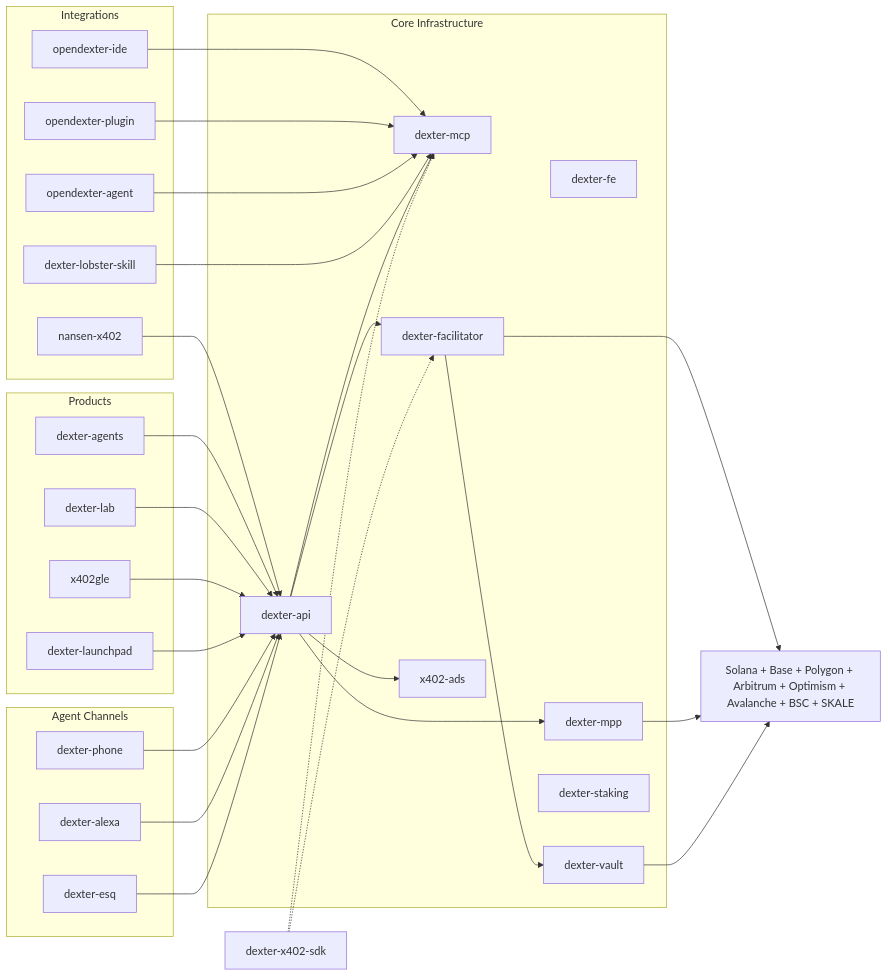
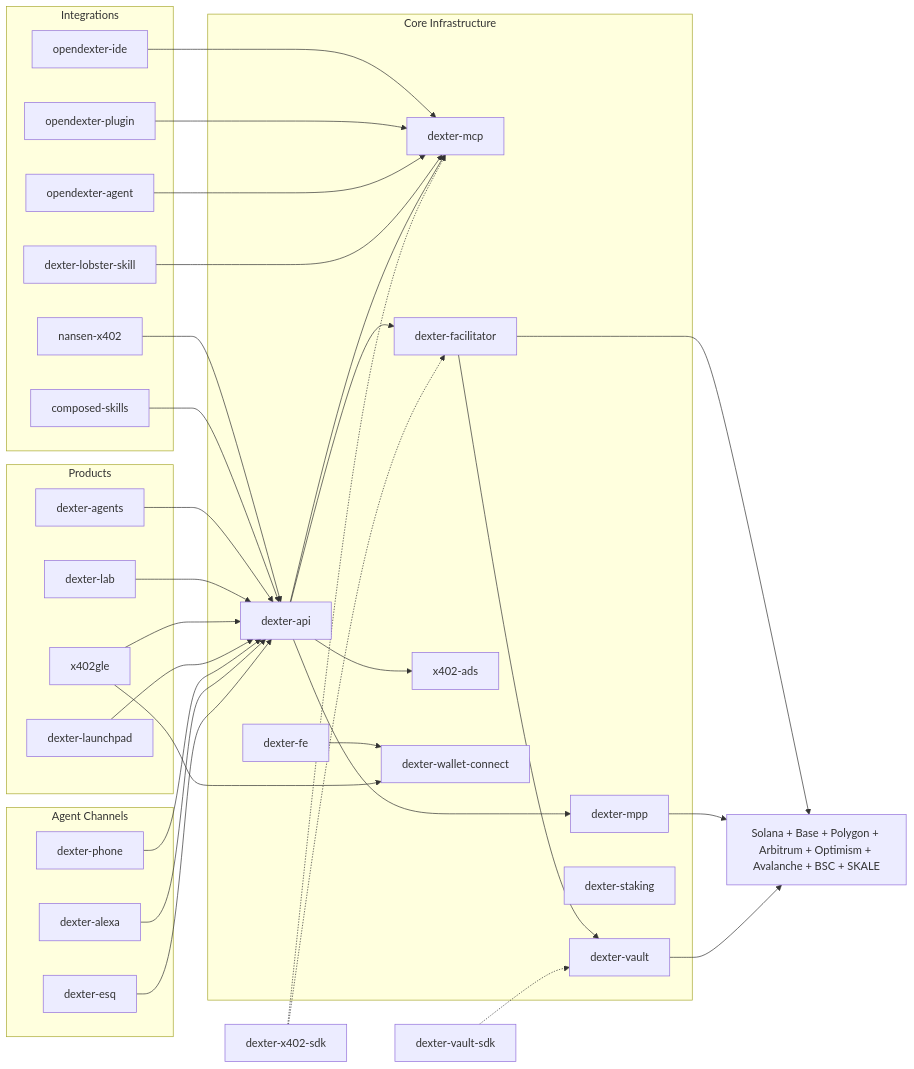
The diagram in profile/README.md (Dexter-DAO/.github), drawn with Mermaid before and after one commit. The commit also changed other lines of this file, not shown here.

````diff
--- a/profile/README.md
+++ b/profile/README.md
@@ -23,64 +23,70 @@
 ```mermaid
 flowchart LR
     subgraph integrations["Integrations"]
         ide["opendexter-ide"]
         odp["opendexter-plugin"]
         oda["opendexter-agent"]
         lobster["dexter-lobster-skill"]
         nansen["nansen-x402"]
+        composed["composed-skills"]
     end
 
     subgraph products["Products"]
         agents["dexter-agents"]
         lab["dexter-lab"]
         explorer["x402gle"]
         launchpad["dexter-launchpad"]
     end
 
     subgraph core["Core Infrastructure"]
         api["dexter-api"]
         fe["dexter-fe"]
         mcp["dexter-mcp"]
         facilitator["dexter-facilitator"]
         mpp["dexter-mpp"]
         vault["dexter-vault"]
         ads["x402-ads"]
+        wc["dexter-wallet-connect"]
         staking["dexter-staking"]
     end
 
     subgraph channels["Agent Channels"]
         phone["dexter-phone"]
         alexa["dexter-alexa"]
         esq["dexter-esq"]
     end
 
     chains["Solana + Base + Polygon + Arbitrum + Optimism + Avalanche + BSC + SKALE"]
 
     ide --> mcp
     odp --> mcp
     oda --> mcp
     lobster --> mcp
     nansen --> api
+    composed --> api
 
     agents --> api
     lab --> api
     explorer --> api
     launchpad --> api
 
     phone --> api
     alexa --> api
     esq --> api
 
     api --> mcp
     api --> facilitator
     api --> mpp
     api --> ads
+    fe --> wc
+    explorer --> wc
 
     facilitator --> chains
     mpp --> chains
     facilitator --> vault
     vault --> chains
 
     sdk["dexter-x402-sdk"] -.-> facilitator
     sdk -.-> mcp
+    vaultsdk["dexter-vault-sdk"] -.-> vault
 ```
````
